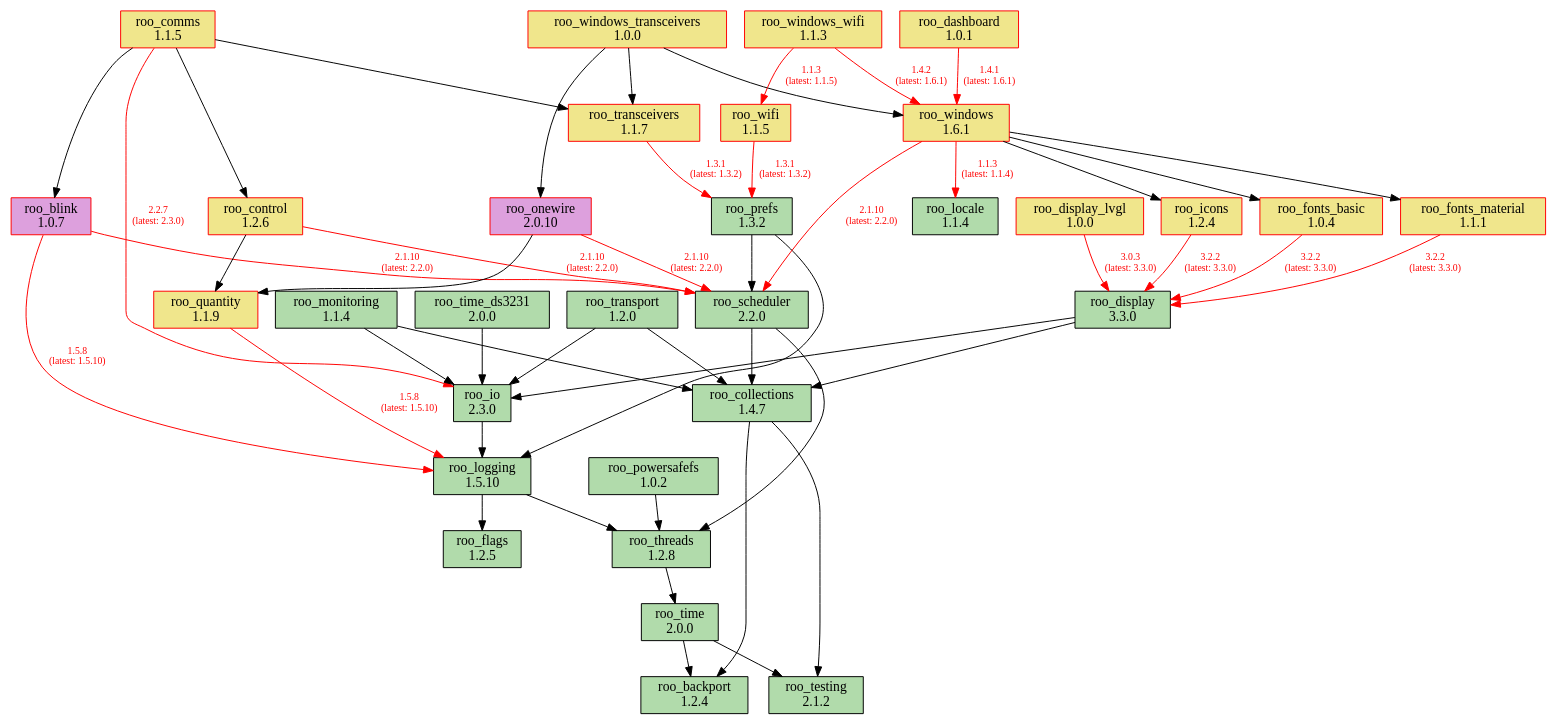
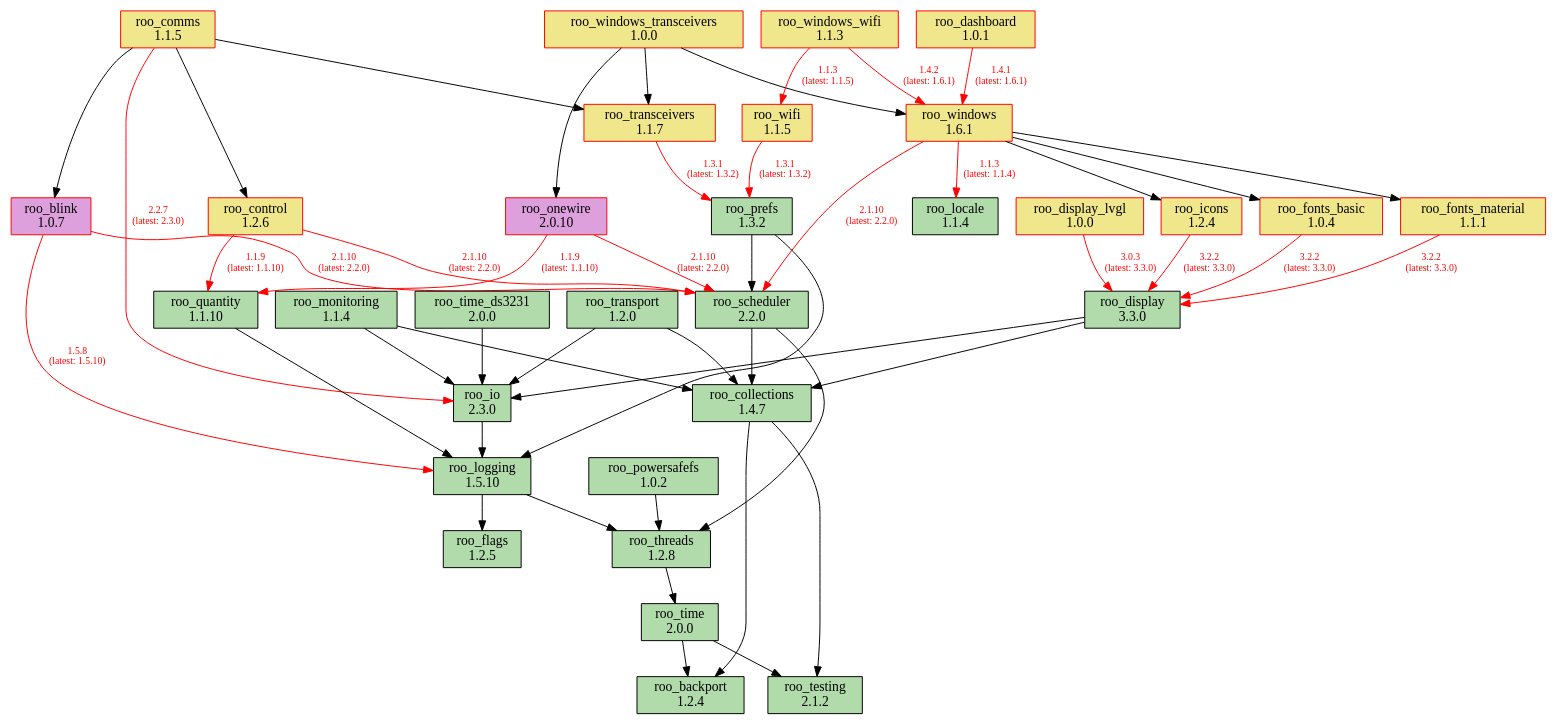
The diagram in doc/dependencies.dot (dejwk/roo-registry), drawn with Graphviz before and after one commit. The commit also changed 3 other files, not shown here.

Commit message:
Added roo_quantity 1.1.10 to the registry.

```diff
--- a/doc/dependencies.dot
+++ b/doc/dependencies.dot
@@ -1,88 +1,88 @@
 digraph dependencies {
     rankdir=TB;
     node [shape=box, style=filled];
     edge [fontsize=10];
 
     // Modules
     "roo_backport" [label="roo_backport\n1.2.4", fillcolor="#b1dbab", color="black"];
     "roo_blink" [label="roo_blink\n1.0.7", fillcolor="plum", color="red"];
     "roo_collections" [label="roo_collections\n1.4.7", fillcolor="#b1dbab", color="black"];
     "roo_comms" [label="roo_comms\n1.1.5", fillcolor="khaki", color="red"];
     "roo_control" [label="roo_control\n1.2.6", fillcolor="khaki", color="red"];
     "roo_dashboard" [label="roo_dashboard\n1.0.1", fillcolor="khaki", color="red"];
     "roo_display" [label="roo_display\n3.3.0", fillcolor="#b1dbab", color="black"];
     "roo_display_lvgl" [label="roo_display_lvgl\n1.0.0", fillcolor="khaki", color="red"];
     "roo_flags" [label="roo_flags\n1.2.5", fillcolor="#b1dbab", color="black"];
     "roo_fonts_basic" [label="roo_fonts_basic\n1.0.4", fillcolor="khaki", color="red"];
     "roo_fonts_material" [label="roo_fonts_material\n1.1.1", fillcolor="khaki", color="red"];
     "roo_icons" [label="roo_icons\n1.2.4", fillcolor="khaki", color="red"];
     "roo_io" [label="roo_io\n2.3.0", fillcolor="#b1dbab", color="black"];
     "roo_locale" [label="roo_locale\n1.1.4", fillcolor="#b1dbab", color="black"];
     "roo_logging" [label="roo_logging\n1.5.10", fillcolor="#b1dbab", color="black"];
     "roo_monitoring" [label="roo_monitoring\n1.1.4", fillcolor="#b1dbab", color="black"];
     "roo_onewire" [label="roo_onewire\n2.0.10", fillcolor="plum", color="red"];
     "roo_powersafefs" [label="roo_powersafefs\n1.0.2", fillcolor="#b1dbab", color="black"];
     "roo_prefs" [label="roo_prefs\n1.3.2", fillcolor="#b1dbab", color="black"];
-    "roo_quantity" [label="roo_quantity\n1.1.9", fillcolor="khaki", color="red"];
+    "roo_quantity" [label="roo_quantity\n1.1.10", fillcolor="#b1dbab", color="black"];
     "roo_scheduler" [label="roo_scheduler\n2.2.0", fillcolor="#b1dbab", color="black"];
     "roo_testing" [label="roo_testing\n2.1.2", fillcolor="#b1dbab", color="black"];
     "roo_threads" [label="roo_threads\n1.2.8", fillcolor="#b1dbab", color="black"];
     "roo_time" [label="roo_time\n2.0.0", fillcolor="#b1dbab", color="black"];
     "roo_time_ds3231" [label="roo_time_ds3231\n2.0.0", fillcolor="#b1dbab", color="black"];
     "roo_transceivers" [label="roo_transceivers\n1.1.7", fillcolor="khaki", color="red"];
     "roo_transport" [label="roo_transport\n1.2.0", fillcolor="#b1dbab", color="black"];
     "roo_wifi" [label="roo_wifi\n1.1.5", fillcolor="khaki", color="red"];
     "roo_windows" [label="roo_windows\n1.6.1", fillcolor="khaki", color="red"];
     "roo_windows_transceivers" [label="roo_windows_transceivers\n1.0.0", fillcolor="khaki", color="red"];
     "roo_windows_wifi" [label="roo_windows_wifi\n1.1.3", fillcolor="khaki", color="red"];
 
     // Dependencies
     "roo_blink" -> "roo_logging" [color=red, fontcolor=red, label="1.5.8\n(latest: 1.5.10)"];
     "roo_blink" -> "roo_scheduler" [color=red, fontcolor=red, label="2.1.10\n(latest: 2.2.0)"];
     "roo_collections" -> "roo_testing";
     "roo_collections" -> "roo_backport";
     "roo_comms" -> "roo_blink";
     "roo_comms" -> "roo_control";
     "roo_comms" -> "roo_io" [color=red, fontcolor=red, label="2.2.7\n(latest: 2.3.0)"];
     "roo_comms" -> "roo_transceivers";
-    "roo_control" -> "roo_quantity";
+    "roo_control" -> "roo_quantity" [color=red, fontcolor=red, label="1.1.9\n(latest: 1.1.10)"];
     "roo_control" -> "roo_scheduler" [color=red, fontcolor=red, label="2.1.10\n(latest: 2.2.0)"];
     "roo_dashboard" -> "roo_windows" [color=red, fontcolor=red, label="1.4.1\n(latest: 1.6.1)"];
     "roo_display" -> "roo_collections";
     "roo_display" -> "roo_io";
     "roo_display_lvgl" -> "roo_display" [color=red, fontcolor=red, label="3.0.3\n(latest: 3.3.0)"];
     "roo_fonts_basic" -> "roo_display" [color=red, fontcolor=red, label="3.2.2\n(latest: 3.3.0)"];
     "roo_fonts_material" -> "roo_display" [color=red, fontcolor=red, label="3.2.2\n(latest: 3.3.0)"];
     "roo_icons" -> "roo_display" [color=red, fontcolor=red, label="3.2.2\n(latest: 3.3.0)"];
     "roo_io" -> "roo_logging";
     "roo_logging" -> "roo_flags";
     "roo_logging" -> "roo_threads";
     "roo_monitoring" -> "roo_collections";
     "roo_monitoring" -> "roo_io";
     "roo_onewire" -> "roo_scheduler" [color=red, fontcolor=red, label="2.1.10\n(latest: 2.2.0)"];
-    "roo_onewire" -> "roo_quantity";
+    "roo_onewire" -> "roo_quantity" [color=red, fontcolor=red, label="1.1.9\n(latest: 1.1.10)"];
     "roo_powersafefs" -> "roo_threads";
     "roo_prefs" -> "roo_logging";
     "roo_prefs" -> "roo_scheduler";
-    "roo_quantity" -> "roo_logging" [color=red, fontcolor=red, label="1.5.8\n(latest: 1.5.10)"];
+    "roo_quantity" -> "roo_logging";
     "roo_scheduler" -> "roo_collections";
     "roo_scheduler" -> "roo_threads";
     "roo_threads" -> "roo_time";
     "roo_time" -> "roo_testing";
     "roo_time" -> "roo_backport";
     "roo_time_ds3231" -> "roo_io";
     "roo_transceivers" -> "roo_prefs" [color=red, fontcolor=red, label="1.3.1\n(latest: 1.3.2)"];
     "roo_transport" -> "roo_collections";
     "roo_transport" -> "roo_io";
     "roo_wifi" -> "roo_prefs" [color=red, fontcolor=red, label="1.3.1\n(latest: 1.3.2)"];
     "roo_windows" -> "roo_fonts_basic";
     "roo_windows" -> "roo_fonts_material";
     "roo_windows" -> "roo_locale" [color=red, fontcolor=red, label="1.1.3\n(latest: 1.1.4)"];
     "roo_windows" -> "roo_icons";
     "roo_windows" -> "roo_scheduler" [color=red, fontcolor=red, label="2.1.10\n(latest: 2.2.0)"];
     "roo_windows_transceivers" -> "roo_onewire";
     "roo_windows_transceivers" -> "roo_transceivers";
     "roo_windows_transceivers" -> "roo_windows";
     "roo_windows_wifi" -> "roo_wifi" [color=red, fontcolor=red, label="1.1.3\n(latest: 1.1.5)"];
     "roo_windows_wifi" -> "roo_windows" [color=red, fontcolor=red, label="1.4.2\n(latest: 1.6.1)"];
 }
```
